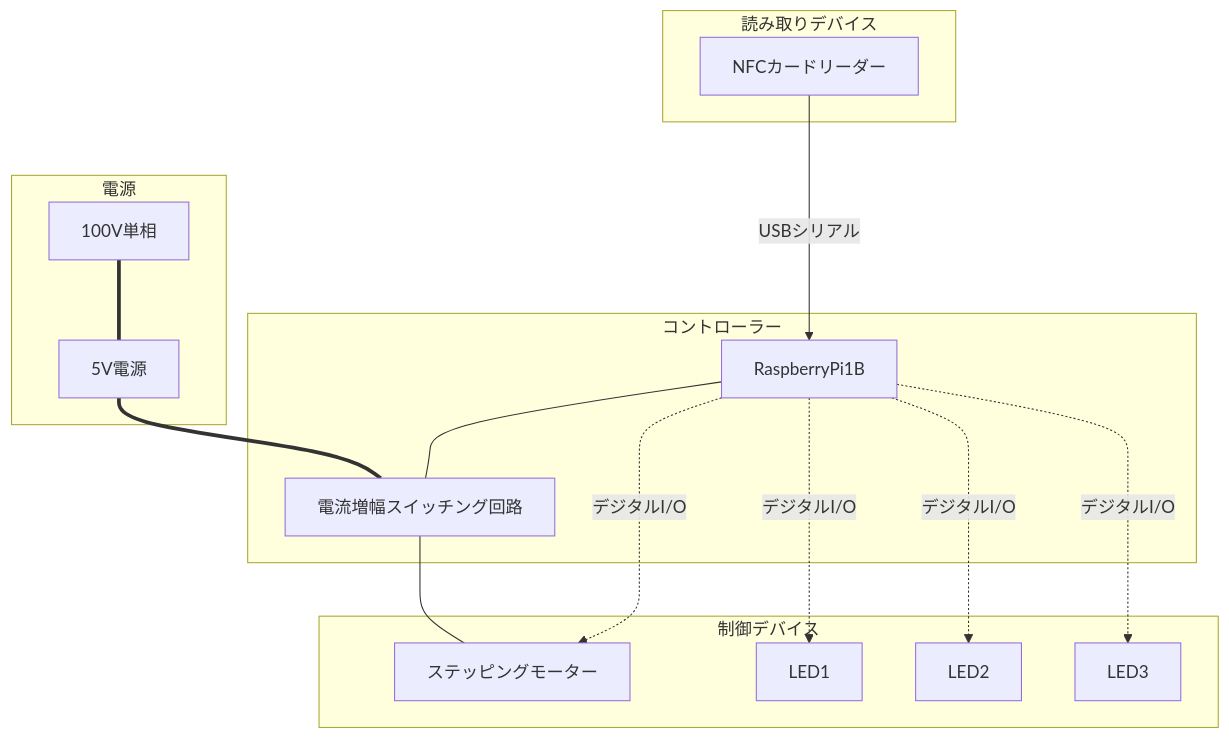
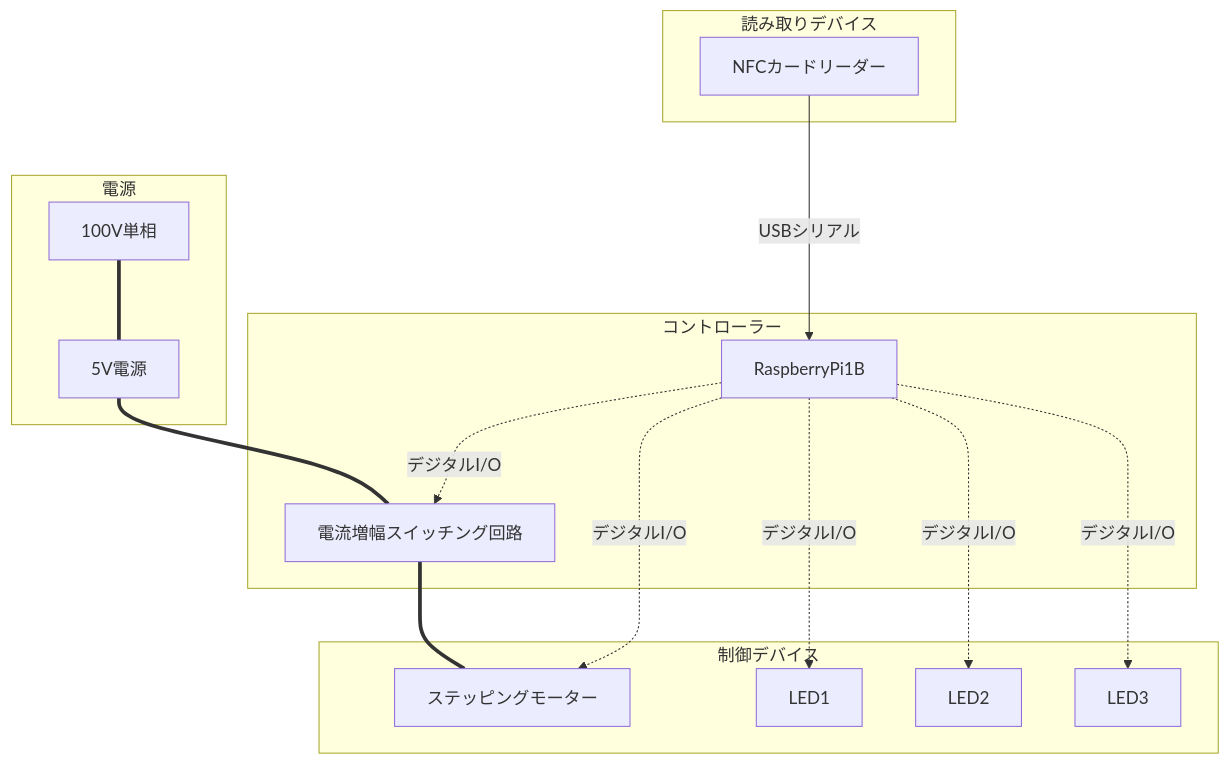
One commit to YUKI-SOKENDAI/SmartLock changed the first of 2 diagrams in memo/SystemMEMO.md. Above: the diagram before and after it, drawn with Mermaid.

````diff
--- a/memo/SystemMEMO.md
+++ b/memo/SystemMEMO.md
@@ -6,29 +6,29 @@
 ```mermaid
 flowchart TD;
     subgraph コントローラー
         RaspberryPi1B;
         電流増幅スイッチング回路;
     end
     subgraph 電源
         100V単相;
         5V電源;
     end
     subgraph 制御デバイス
         ステッピングモーター;
         LED1;
         LED2;
         LED3;
     end
     subgraph 読み取りデバイス
         NFCカードリーダー;
     end
     100V単相===5V電源;
     5V電源===電流増幅スイッチング回路;
     NFCカードリーダー--->|USBシリアル|RaspberryPi1B;
-    RaspberryPi1B---電流増幅スイッチング回路;
-    電流増幅スイッチング回路---ステッピングモーター;
+    RaspberryPi1B-.デジタルI/O-.->電流増幅スイッチング回路;
+    電流増幅スイッチング回路===ステッピングモーター;
     RaspberryPi1B-.デジタルI/O-.->ステッピングモーター;
     RaspberryPi1B-.デジタルI/O-.->LED1;
     RaspberryPi1B-.デジタルI/O-.->LED2;
     RaspberryPi1B-.デジタルI/O-.->LED3;
 ```
````
